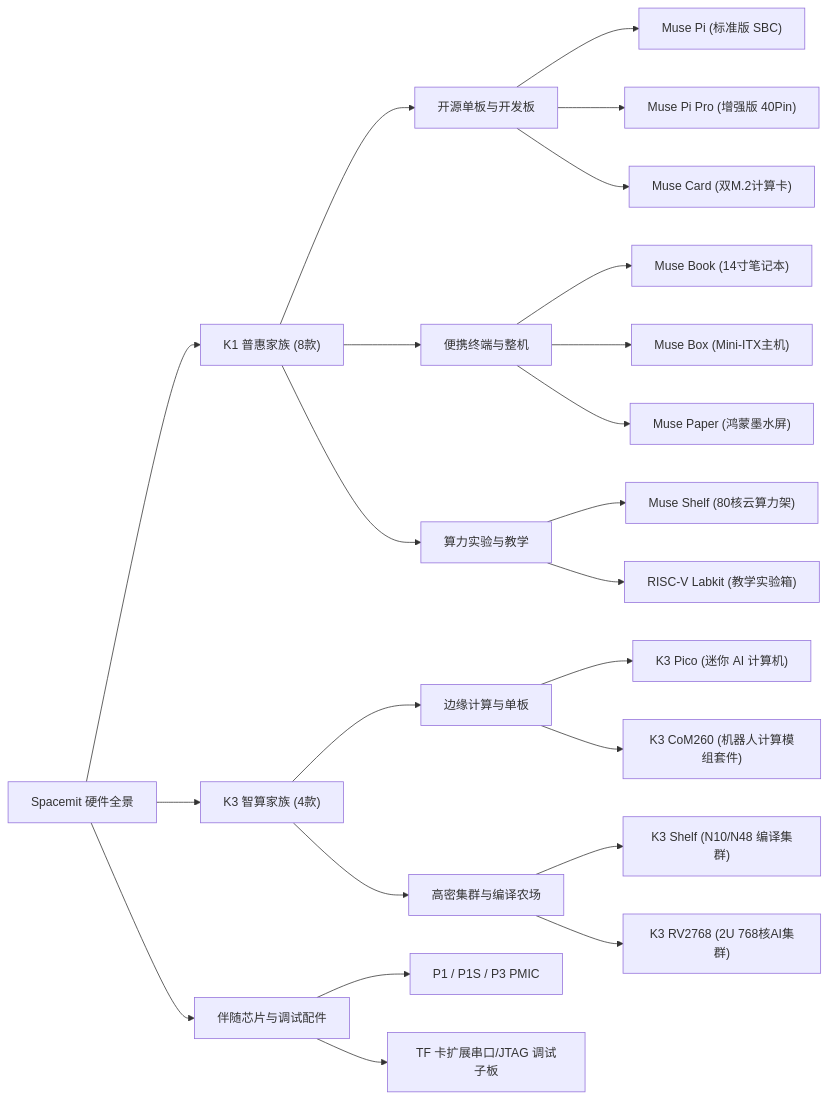
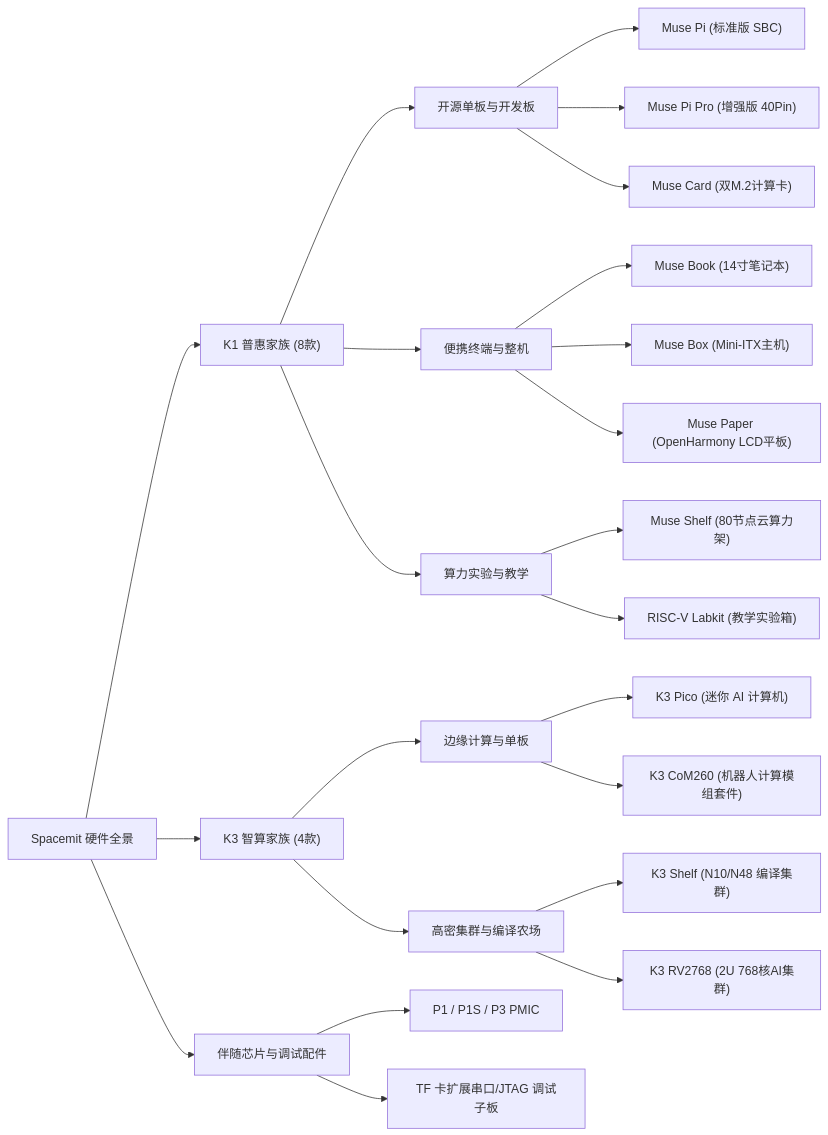
Before and after one commit to bbbicycle/spacemit-LLM-wiki: the second of 3 diagrams in Knowledge_Atoms/Spacemit_产品矩阵与硬件生态全景档案.md, drawn with Mermaid. The commit also changed other lines of this file and 61 other files, not shown here.

````diff
--- a/Knowledge_Atoms/Spacemit_产品矩阵与硬件生态全景档案.md
+++ b/Knowledge_Atoms/Spacemit_产品矩阵与硬件生态全景档案.md
@@ -57,33 +57,33 @@
 ```mermaid
 flowchart LR
     Spacemit["Spacemit 硬件全景"]
     
     Spacemit --> K1_Fam["K1 普惠家族 (8款)"]
     Spacemit --> K3_Fam["K3 智算家族 (4款)"]
     Spacemit --> Acc["伴随芯片与调试配件"]
 
     K1_Fam --> K1_SBC["开源单板与开发板"]
     K1_SBC --> P1["Muse Pi (标准版 SBC)"]
     K1_SBC --> P2["Muse Pi Pro (增强版 40Pin)"]
     K1_SBC --> P3["Muse Card (双M.2计算卡)"]
 
     K1_Fam --> K1_Term["便携终端与整机"]
     K1_Term --> P4["Muse Book (14寸笔记本)"]
     K1_Term --> P5["Muse Box (Mini-ITX主机)"]
-    K1_Term --> P6["Muse Paper (鸿蒙墨水屏)"]
+    K1_Term --> P6["Muse Paper (OpenHarmony LCD平板)"]
 
     K1_Fam --> K1_Cluster["算力实验与教学"]
-    K1_Cluster --> P7["Muse Shelf (80核云算力架)"]
+    K1_Cluster --> P7["Muse Shelf (80节点云算力架)"]
     K1_Cluster --> P8["RISC-V Labkit (教学实验箱)"]
 
     K3_Fam --> K3_Edge["边缘计算与单板"]
     K3_Edge --> K3_1["K3 Pico (迷你 AI 计算机)"]
     K3_Edge --> K3_2["K3 CoM260 (机器人计算模组套件)"]
 
     K3_Fam --> K3_Server["高密集群与编译农场"]
     K3_Server --> K3_3["K3 Shelf (N10/N48 编译集群)"]
     K3_Server --> K3_4["K3 RV2768 (2U 768核AI集群)"]
 
     Acc --> P1_Chip["P1 / P1S / P3 PMIC"]
     Acc --> TF_Dbg["TF 卡扩展串口/JTAG 调试子板"]
 ```
````
